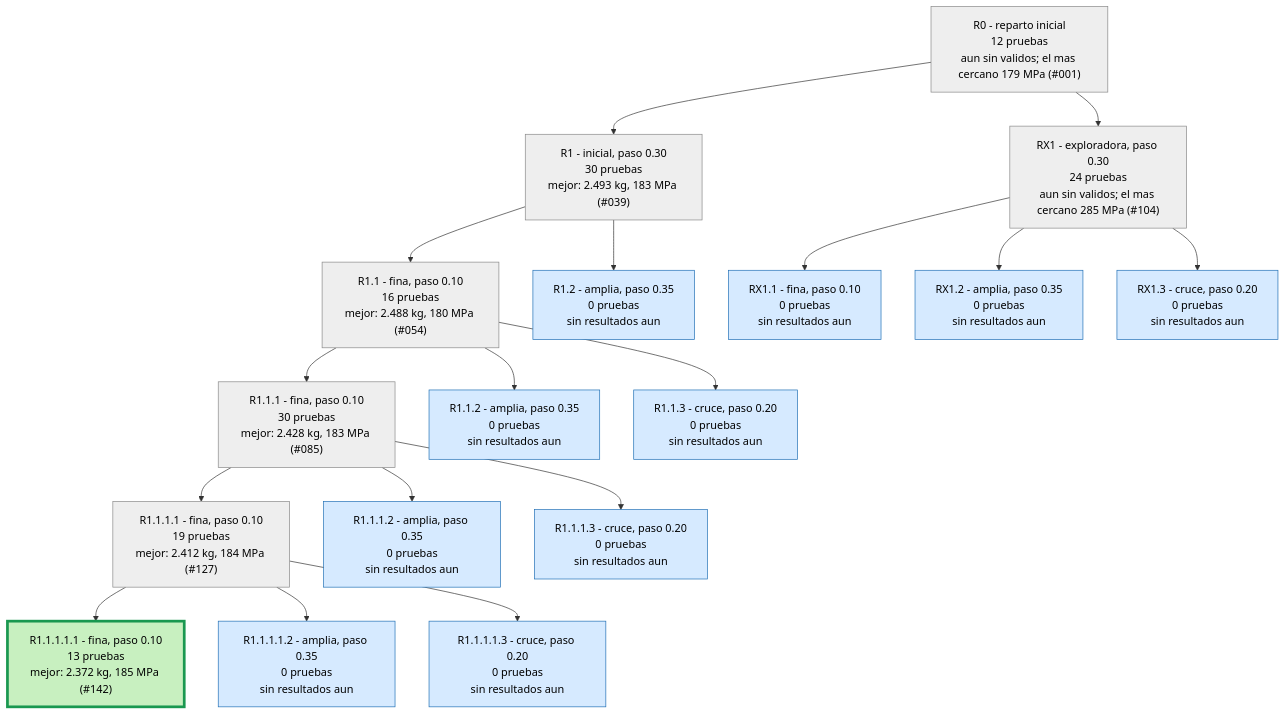
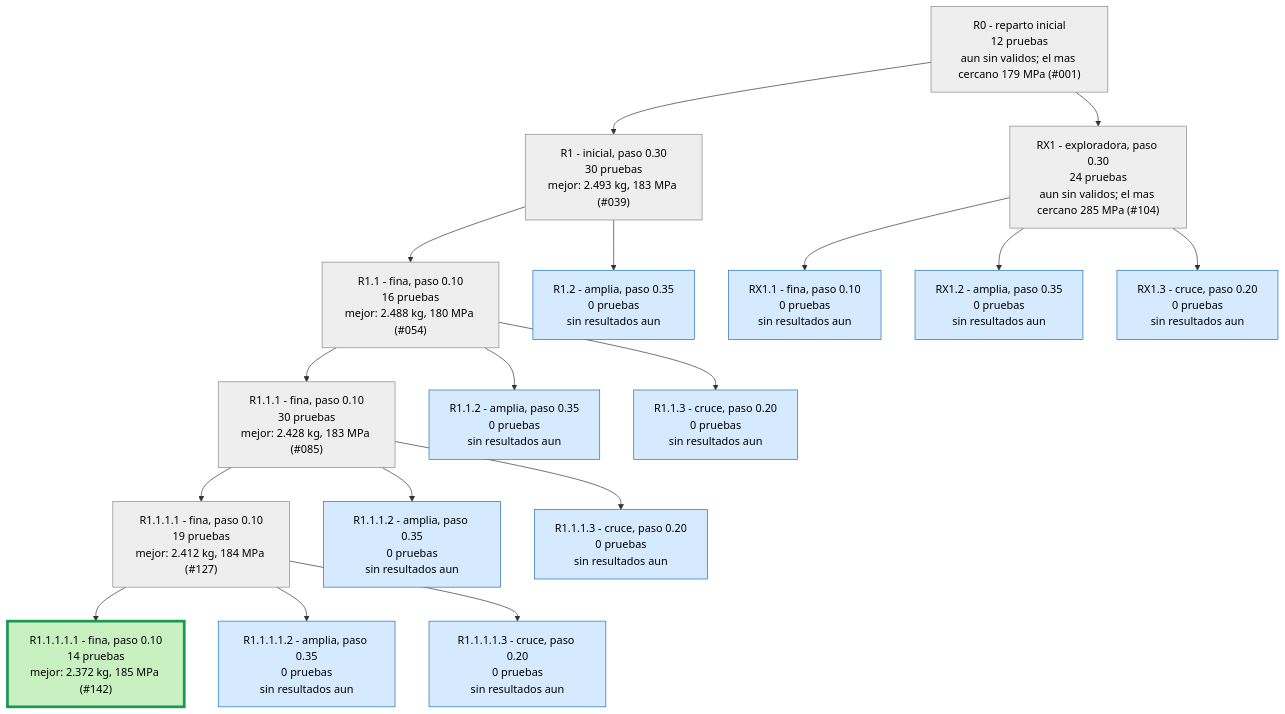
The second of 3 diagrams in runs/opt_37800N/ARBOL.md (Hugiko/msd-soporte-optimizacion), drawn with Mermaid before and after one commit. The commit also changed 40 other files, not shown here.

````diff
--- a/runs/opt_37800N/ARBOL.md
+++ b/runs/opt_37800N/ARBOL.md
@@ -29,39 +29,39 @@
 ```mermaid
 graph TD
 classDef activa fill:#d6eaff,stroke:#1f6fb5,color:#000
 classDef fin fill:#eeeeee,stroke:#888,color:#000
 classDef mejor fill:#c8f0c0,stroke:#1a9850,stroke-width:4px,color:#000
 R0["R0 - reparto inicial<br/>12 pruebas<br/>aun sin validos; el mas cercano 179 MPa (#001)"]:::fin
 R1["R1 - inicial, paso 0.30<br/>30 pruebas<br/>mejor: 2.493 kg, 183 MPa (#039)"]:::fin
 R0 --> R1
 R1_1["R1.1 - fina, paso 0.10<br/>16 pruebas<br/>mejor: 2.488 kg, 180 MPa (#054)"]:::fin
 R1 --> R1_1
 R1_2["R1.2 - amplia, paso 0.35<br/>0 pruebas<br/>sin resultados aun"]:::activa
 R1 --> R1_2
 R1_1_1["R1.1.1 - fina, paso 0.10<br/>30 pruebas<br/>mejor: 2.428 kg, 183 MPa (#085)"]:::fin
 R1_1 --> R1_1_1
 R1_1_2["R1.1.2 - amplia, paso 0.35<br/>0 pruebas<br/>sin resultados aun"]:::activa
 R1_1 --> R1_1_2
 R1_1_3["R1.1.3 - cruce, paso 0.20<br/>0 pruebas<br/>sin resultados aun"]:::activa
 R1_1 --> R1_1_3
 R1_1_1_1["R1.1.1.1 - fina, paso 0.10<br/>19 pruebas<br/>mejor: 2.412 kg, 184 MPa (#127)"]:::fin
 R1_1_1 --> R1_1_1_1
 R1_1_1_2["R1.1.1.2 - amplia, paso 0.35<br/>0 pruebas<br/>sin resultados aun"]:::activa
 R1_1_1 --> R1_1_1_2
 R1_1_1_3["R1.1.1.3 - cruce, paso 0.20<br/>0 pruebas<br/>sin resultados aun"]:::activa
 R1_1_1 --> R1_1_1_3
 RX1["RX1 - exploradora, paso 0.30<br/>24 pruebas<br/>aun sin validos; el mas cercano 285 MPa (#104)"]:::fin
 R0 --> RX1
 RX1_1["RX1.1 - fina, paso 0.10<br/>0 pruebas<br/>sin resultados aun"]:::activa
 RX1 --> RX1_1
 RX1_2["RX1.2 - amplia, paso 0.35<br/>0 pruebas<br/>sin resultados aun"]:::activa
 RX1 --> RX1_2
 RX1_3["RX1.3 - cruce, paso 0.20<br/>0 pruebas<br/>sin resultados aun"]:::activa
 RX1 --> RX1_3
-R1_1_1_1_1["R1.1.1.1.1 - fina, paso 0.10<br/>13 pruebas<br/>mejor: 2.372 kg, 185 MPa (#142)"]:::mejor
+R1_1_1_1_1["R1.1.1.1.1 - fina, paso 0.10<br/>14 pruebas<br/>mejor: 2.372 kg, 185 MPa (#142)"]:::mejor
 R1_1_1_1 --> R1_1_1_1_1
 R1_1_1_1_2["R1.1.1.1.2 - amplia, paso 0.35<br/>0 pruebas<br/>sin resultados aun"]:::activa
 R1_1_1_1 --> R1_1_1_1_2
 R1_1_1_1_3["R1.1.1.1.3 - cruce, paso 0.20<br/>0 pruebas<br/>sin resultados aun"]:::activa
 R1_1_1_1 --> R1_1_1_1_3
 ```
````
